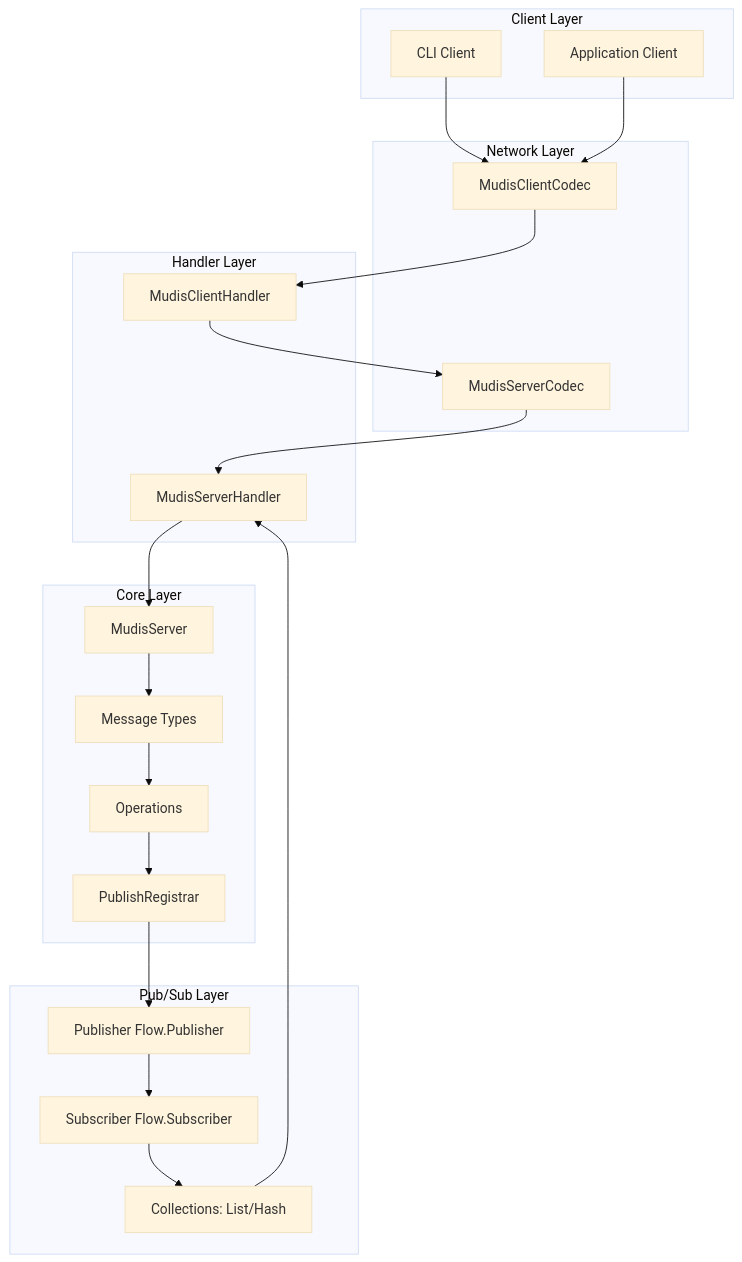
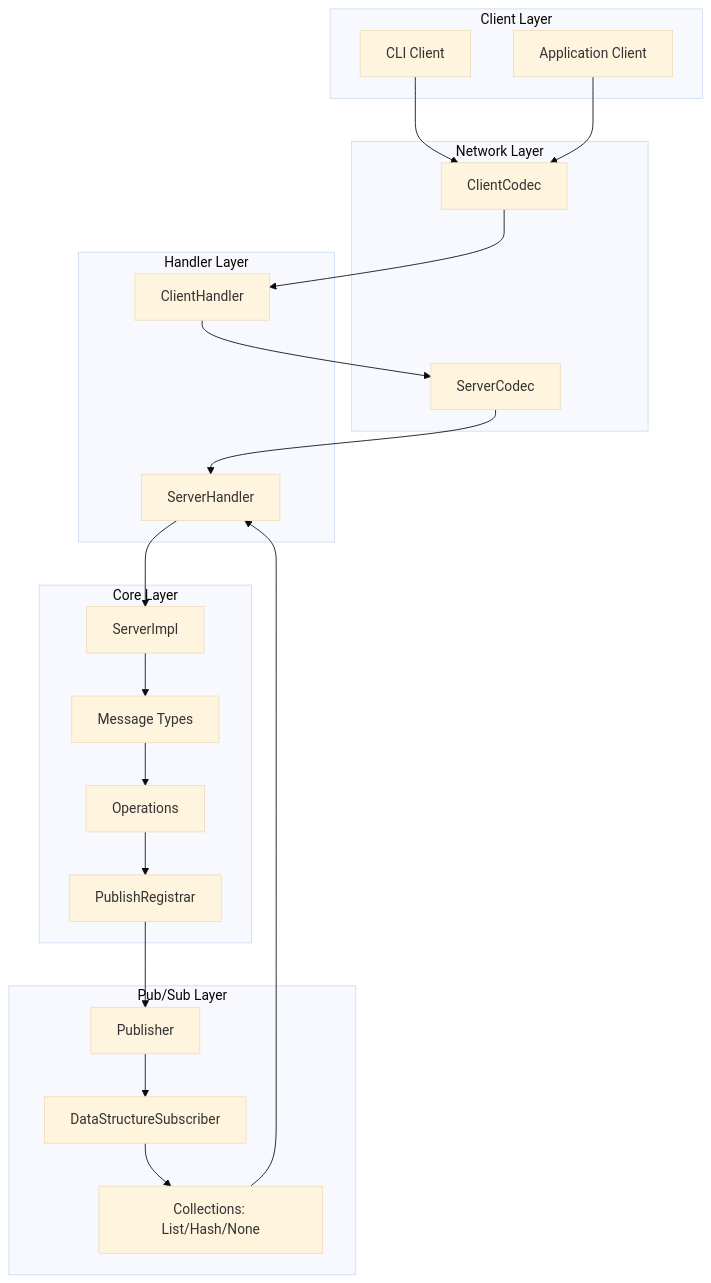
One commit to gchape/mudis changed the first of 3 diagrams in README.md. Above: the diagram before and after it, drawn with Mermaid (base theme). The commit also changed other lines of this file and 13 other files, not shown here.

Commit message:
refactor: simplify pub/sub architecture and fix message distribution bug

````diff
--- a/README.md
+++ b/README.md
@@ -9,44 +9,44 @@
 ```mermaid
 graph TB
     subgraph "Client Layer"
         CLI[CLI Client]
         APP[Application Client]
     end
     
     subgraph "Network Layer"
-        CC[MudisClientCodec]
-        SC[MudisServerCodec]
+        CC[ClientCodec]
+        SC[ServerCodec]
     end
     
     subgraph "Handler Layer"
-        CH[MudisClientHandler]
-        SH[MudisServerHandler]
+        CH[ClientHandler]
+        SH[ServerHandler]
     end
     
     subgraph "Core Layer"
-        SERVER[MudisServer]
+        SERVER[ServerImpl]
         MSG[Message Types]
         OPS[Operations]
         REG[PublishRegistrar]
     end
     
     subgraph "Pub/Sub Layer"
-        PUB[Publisher Flow.Publisher]
-        SUB[Subscriber Flow.Subscriber]
-        COLL[Collections: List/Hash]
+        PUB[Publisher]
+        SUB[DataStructureSubscriber]
+        COLL[Collections: List/Hash/None]
     end
     
     CLI --> CC
     APP --> CC
     CC --> CH
     CH --> SC
     SC --> SH
     SH --> SERVER
     SERVER --> MSG
     MSG --> OPS
     OPS --> REG
     REG --> PUB
     PUB --> SUB
     SUB --> COLL
     COLL --> SH
 ```
````
